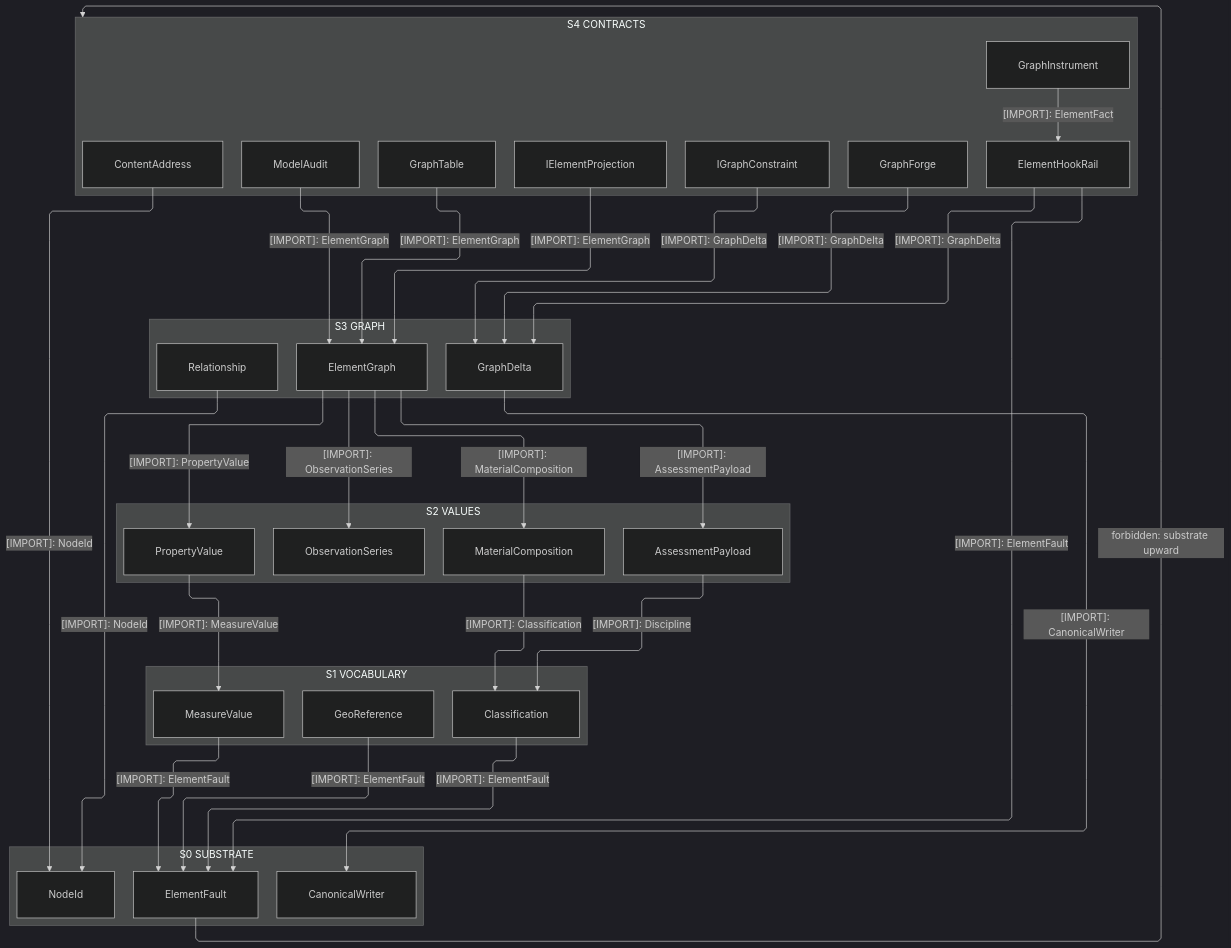
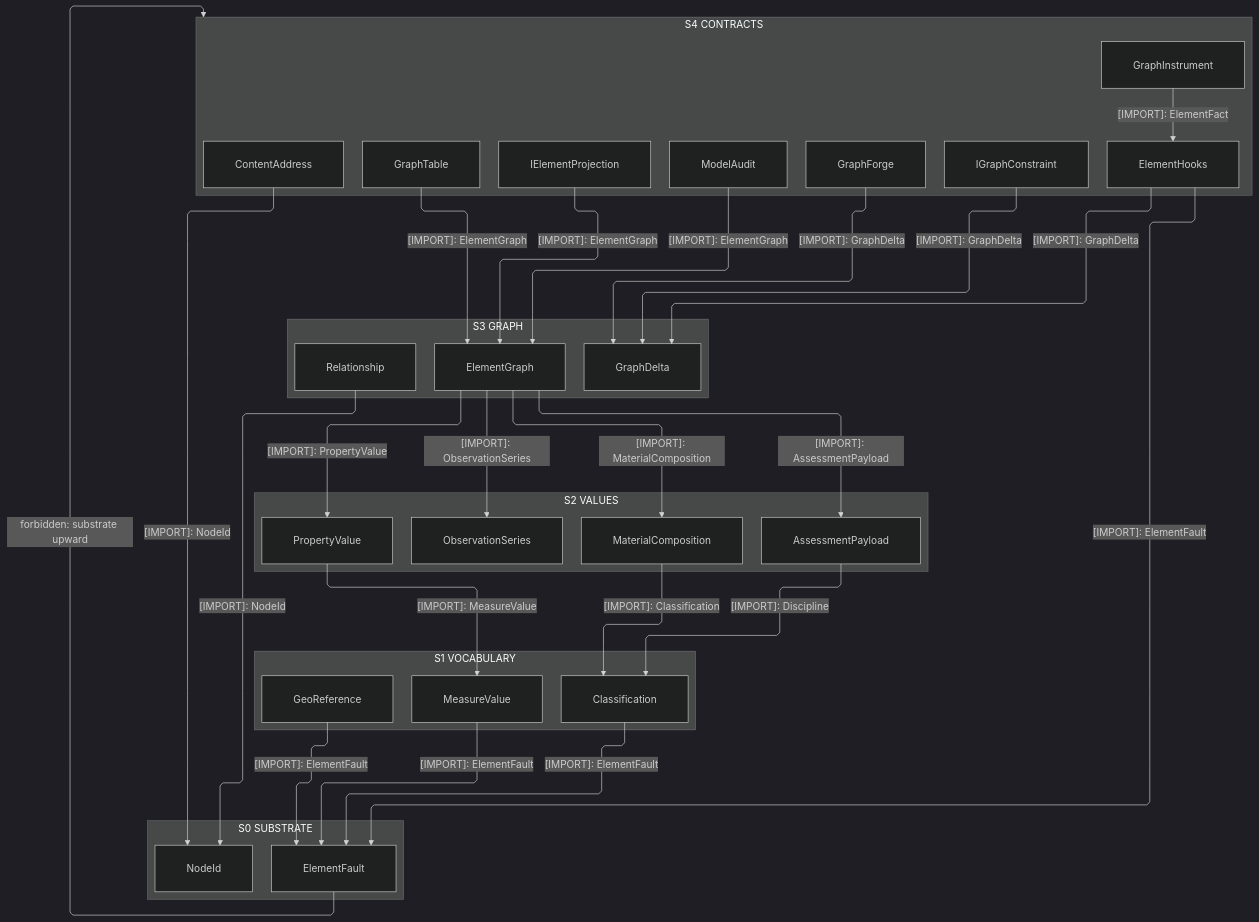
The first of 4 diagrams in libs/csharp/Rasm.Element/ARCHITECTURE.md (bsamiee/Rasm), drawn with Mermaid (dark theme) before and after one commit. The commit also changed other lines of this file and 115 other files, not shown here.

````diff
--- a/libs/csharp/Rasm.Element/ARCHITECTURE.md
+++ b/libs/csharp/Rasm.Element/ARCHITECTURE.md
@@ -59,65 +64,63 @@
 ```mermaid
 ---
 config:
   layout: elk
   flowchart:
     curve: linear
     padding: 25
 ---
 flowchart TB
     accTitle: Rasm.Element interior strata
-    accDescr: Five member-resolved strata from the projection contracts and content codec through the element graph and its value and vocabulary families onto the fault-and-key substrate, every consumption edge downward naming one sourced type, and one forbidden upward edge marked.
+    accDescr: How the contract stratum reaches the graph, values, vocabulary, and substrate with no upward import.
     subgraph S4["S4 CONTRACTS"]
         IProjection[IElementProjection]
         IConstraint[IGraphConstraint]
         Address[ContentAddress]
-        HookRail[ElementHookRail]
+        HookRail[ElementHooks]
         Instrument[GraphInstrument]
         Forge[GraphForge]
         Table[GraphTable]
         Audit[ModelAudit]
     end
     subgraph S3["S3 GRAPH"]
         ElementGraph[ElementGraph]
         Delta[GraphDelta]
         Relationship[Relationship]
     end
     subgraph S2["S2 VALUES"]
         Property[PropertyValue]
         Composition[MaterialComposition]
         Payload[AssessmentPayload]
         Series[ObservationSeries]
     end
     subgraph S1["S1 VOCABULARY"]
         Classification[Classification]
         Measure[MeasureValue]
         GeoReference[GeoReference]
     end
     subgraph S0["S0 SUBSTRATE"]
         Fault[ElementFault]
-        Writer[CanonicalWriter]
         NodeId[NodeId]
     end
-    IProjection -->|"[IMPORT]: ElementGraph"| ElementGraph
-    IConstraint -->|"[IMPORT]: GraphDelta"| Delta
-    HookRail -->|"[IMPORT]: GraphDelta"| Delta
-    HookRail -->|"[IMPORT]: ElementFault"| Fault
-    Instrument -->|"[IMPORT]: ElementFact"| HookRail
-    Forge -->|"[IMPORT]: GraphDelta"| Delta
-    Table -->|"[IMPORT]: ElementGraph"| ElementGraph
-    Audit -->|"[IMPORT]: ElementGraph"| ElementGraph
-    Address -->|"[IMPORT]: NodeId"| NodeId
-    ElementGraph -->|"[IMPORT]: PropertyValue"| Property
-    ElementGraph -->|"[IMPORT]: MaterialComposition"| Composition
-    ElementGraph -->|"[IMPORT]: AssessmentPayload"| Payload
-    ElementGraph -->|"[IMPORT]: ObservationSeries"| Series
-    Delta -->|"[IMPORT]: CanonicalWriter"| Writer
-    Relationship -->|"[IMPORT]: NodeId"| NodeId
-    Property -->|"[IMPORT]: MeasureValue"| Measure
-    Payload -->|"[IMPORT]: Discipline"| Classification
-    Composition -->|"[IMPORT]: Classification"| Classification
-    Classification -->|"[IMPORT]: ElementFault"| Fault
-    GeoReference -->|"[IMPORT]: ElementFault"| Fault
-    Measure -->|"[IMPORT]: ElementFault"| Fault
-    Fault -->|"forbidden: substrate upward"| S4
+    IProjection e1@-->|"[IMPORT]: ElementGraph"| ElementGraph
+    IConstraint e2@-->|"[IMPORT]: GraphDelta"| Delta
+    HookRail e3@-->|"[IMPORT]: GraphDelta"| Delta
+    HookRail e4@-->|"[IMPORT]: ElementFault"| Fault
+    Instrument e5@-->|"[IMPORT]: ElementFact"| HookRail
+    Forge e6@-->|"[IMPORT]: GraphDelta"| Delta
+    Table e7@-->|"[IMPORT]: ElementGraph"| ElementGraph
+    Audit e8@-->|"[IMPORT]: ElementGraph"| ElementGraph
+    Address e9@-->|"[IMPORT]: NodeId"| NodeId
+    ElementGraph e10@-->|"[IMPORT]: PropertyValue"| Property
+    ElementGraph e11@-->|"[IMPORT]: MaterialComposition"| Composition
+    ElementGraph e12@-->|"[IMPORT]: AssessmentPayload"| Payload
+    ElementGraph e13@-->|"[IMPORT]: ObservationSeries"| Series
+    Relationship e14@-->|"[IMPORT]: NodeId"| NodeId
+    Property e15@-->|"[IMPORT]: MeasureValue"| Measure
+    Payload e16@-->|"[IMPORT]: Discipline"| Classification
+    Composition e17@-->|"[IMPORT]: Classification"| Classification
+    Classification e18@-->|"[IMPORT]: ElementFault"| Fault
+    GeoReference e19@-->|"[IMPORT]: ElementFault"| Fault
+    Measure e20@-->|"[IMPORT]: ElementFault"| Fault
+    Fault f1@-->|"forbidden: substrate upward"| S4
 ```
````
